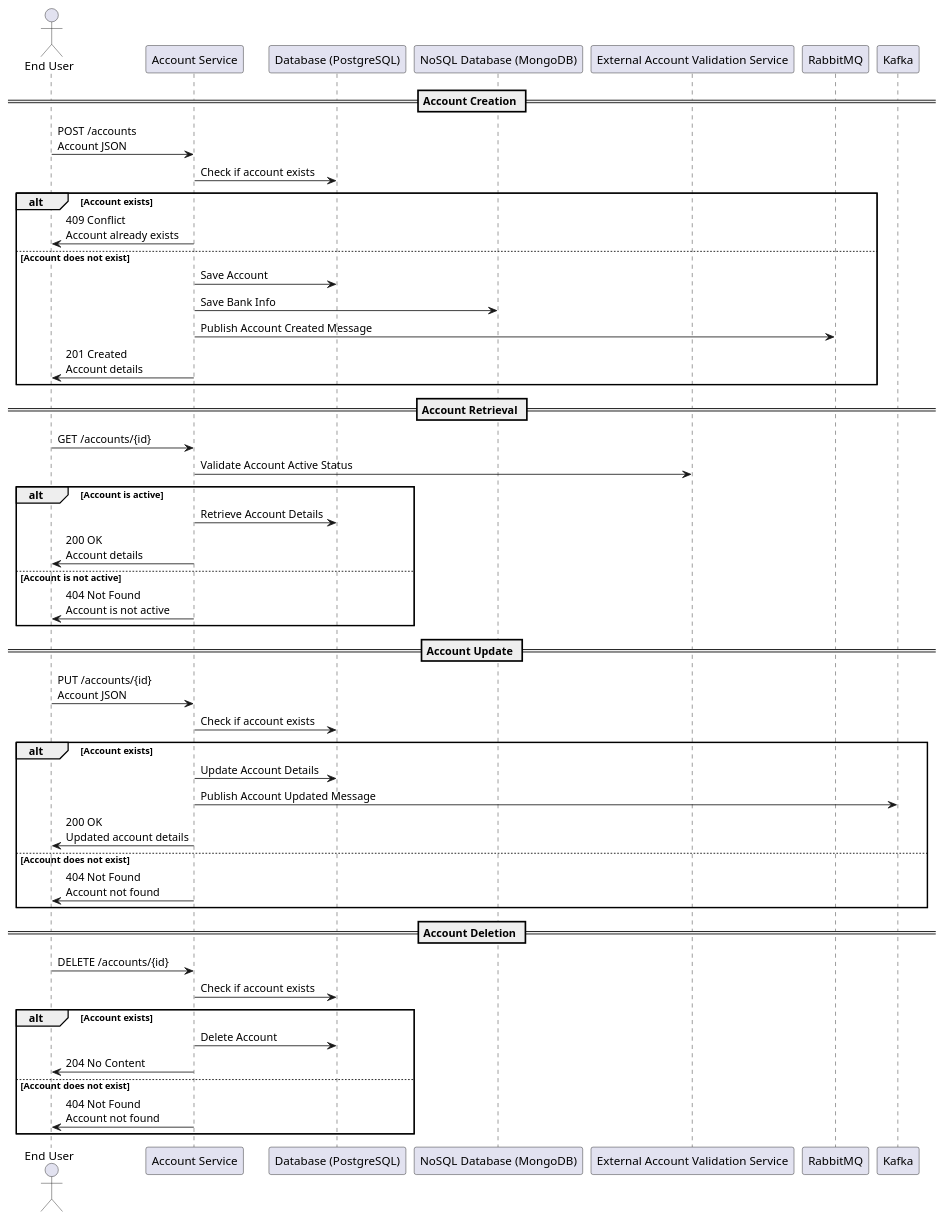
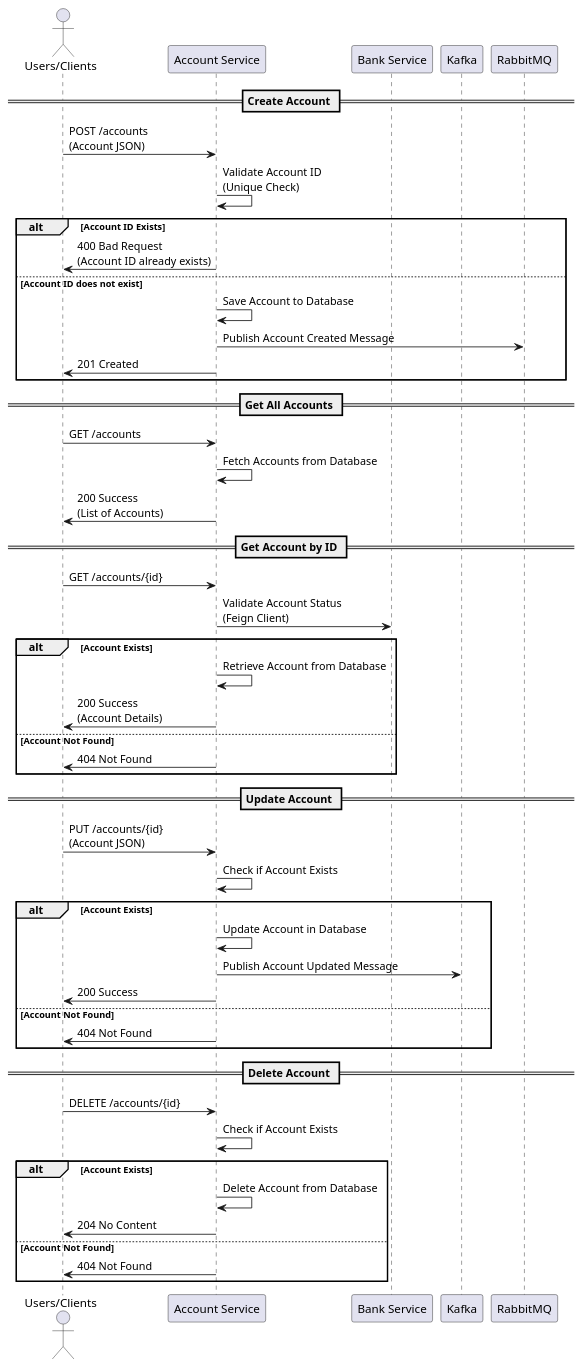
The diagram in design_document/Account_service.md (Bhaskar-Pavan/AccountService), drawn with PlantUML before and after one commit. The commit also changed other lines of this file, not shown here.

````diff
--- a/design_document/Account_service.md
+++ b/design_document/Account_service.md
@@ -47,55 +37,57 @@
 ```plantuml
 @startuml
-actor "End User" as User
-participant "Account Service" as Service
-participant "Database (PostgreSQL)" as DB
-participant "NoSQL Database (MongoDB)" as NoSQL
-participant "External Account Validation Service" as ValidationService
+actor User as "Users/Clients"
+participant "Account Service" as AccountService
+participant "Bank Service" as BankService
+participant "Kafka" as Kafka
 participant "RabbitMQ" as RabbitMQ
-participant "Kafka" as Kafka
 
-== Account Creation ==
-User -> Service : POST /accounts\nAccount JSON
-Service -> DB : Check if account exists
-alt Account exists
-    Service -> User : 409 Conflict\nAccount already exists
-else Account does not exist
-    Service -> DB : Save Account
-    Service -> NoSQL : Save Bank Info
-    Service -> RabbitMQ : Publish Account Created Message
-    Service -> User : 201 Created\nAccount details
+== Create Account ==
+User -> AccountService : POST /accounts\n(Account JSON)
+AccountService -> AccountService : Validate Account ID\n(Unique Check)
+alt Account ID Exists
+    AccountService -> User : 400 Bad Request\n(Account ID already exists)
+else Account ID does not exist
+    AccountService -> AccountService : Save Account to Database
+    AccountService -> RabbitMQ : Publish Account Created Message
+    AccountService -> User : 201 Created
 end
 
-== Account Retrieval ==
-User -> Service : GET /accounts/{id}
-Service -> ValidationService : Validate Account Active Status
-alt Account is active
-    Service -> DB : Retrieve Account Details
-    Service -> User : 200 OK\nAccount details
-else Account is not active
-    Service -> User : 404 Not Found\nAccount is not active
+== Get All Accounts ==
+User -> AccountService : GET /accounts
+AccountService -> AccountService : Fetch Accounts from Database
+AccountService -> User : 200 Success\n(List of Accounts)
+
+== Get Account by ID ==
+User -> AccountService : GET /accounts/{id}
+AccountService -> BankService : Validate Account Status\n(Feign Client)
+alt Account Exists
+    AccountService -> AccountService : Retrieve Account from Database
+    AccountService -> User : 200 Success\n(Account Details)
+else Account Not Found
+    AccountService -> User : 404 Not Found
 end
 
-== Account Update ==
-User -> Service : PUT /accounts/{id}\nAccount JSON
-Service -> DB : Check if account exists
-alt Account exists
-    Service -> DB : Update Account Details
-    Service -> Kafka : Publish Account Updated Message
-    Service -> User : 200 OK\nUpdated account details
-else Account does not exist
-    Service -> User : 404 Not Found\nAccount not found
+== Update Account ==
+User -> AccountService : PUT /accounts/{id}\n(Account JSON)
+AccountService -> AccountService : Check if Account Exists
+alt Account Exists
+    AccountService -> AccountService : Update Account in Database
+    AccountService -> Kafka : Publish Account Updated Message
+    AccountService -> User : 200 Success
+else Account Not Found
+    AccountService -> User : 404 Not Found
 end
 
-== Account Deletion ==
-User -> Service : DELETE /accounts/{id}
-Service -> DB : Check if account exists
-alt Account exists
-    Service -> DB : Delete Account
-    Service -> User : 204 No Content
-else Account does not exist
-    Service -> User : 404 Not Found\nAccount not found
+== Delete Account ==
+User -> AccountService : DELETE /accounts/{id}
+AccountService -> AccountService : Check if Account Exists
+alt Account Exists
+    AccountService -> AccountService : Delete Account from Database
+    AccountService -> User : 204 No Content
+else Account Not Found
+    AccountService -> User : 404 Not Found
 end
 
 @enduml
 ```
````
